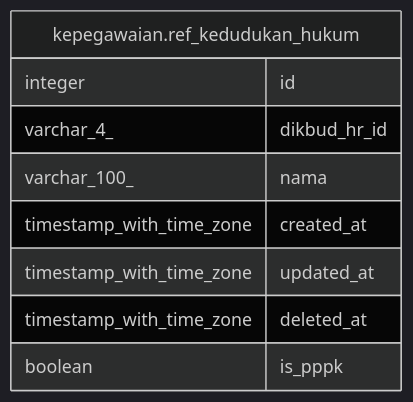
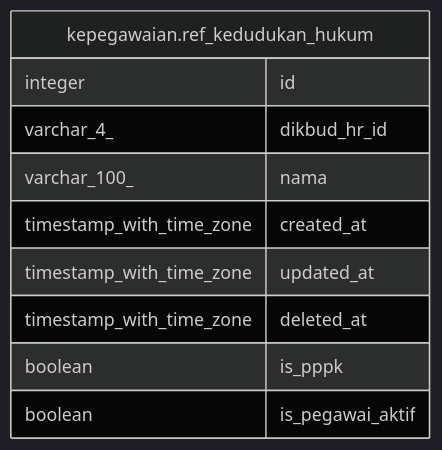
Before and after one commit to nandanugg/triforce.nvim: the diagram in services/kepegawaian/docs/db/kepegawaian.ref_kedudukan_hukum.md, drawn with Mermaid (dark theme). The commit also changed other lines of this file and 6 other files, not shown here.

````diff
--- a/services/kepegawaian/docs/db/kepegawaian.ref_kedudukan_hukum.md
+++ b/services/kepegawaian/docs/db/kepegawaian.ref_kedudukan_hukum.md
@@ -33,14 +34,15 @@
 ```mermaid
 erDiagram
 
 
 "kepegawaian.ref_kedudukan_hukum" {
   integer id
   varchar_4_ dikbud_hr_id
   varchar_100_ nama
   timestamp_with_time_zone created_at
   timestamp_with_time_zone updated_at
   timestamp_with_time_zone deleted_at
   boolean is_pppk
+  boolean is_pegawai_aktif
 }
 ```
````
